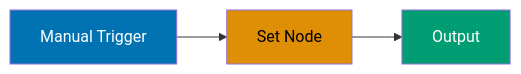
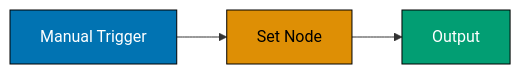
The first of 8 diagrams in apps/ayokoding-web/content/en/learn/software-engineering/automation/tools/n8n/tutorials/by-example/beginner.md (wahidyankf/open-sharia-enterprise), drawn with Mermaid before and after one commit. The commit also changed other lines of this file and 8 other files, not shown here.

````diff
--- a/apps/ayokoding-web/content/en/learn/software-engineering/automation/tools/n8n/tutorials/by-example/beginner.md
+++ b/apps/ayokoding-web/content/en/learn/software-engineering/automation/tools/n8n/tutorials/by-example/beginner.md
@@ -14,10 +14,10 @@
 ```mermaid
 %% Manual trigger workflow flow
 graph LR
     A[Manual Trigger] --> B[Set Node]
     B --> C[Output]
 
-    style A fill:#0173B2,color:#fff
-    style B fill:#DE8F05,color:#000
-    style C fill:#029E73,color:#fff
+    style A fill:#0173B2,stroke:#000,color:#fff
+    style B fill:#DE8F05,stroke:#000,color:#000
+    style C fill:#029E73,stroke:#000,color:#fff
 ```
````
